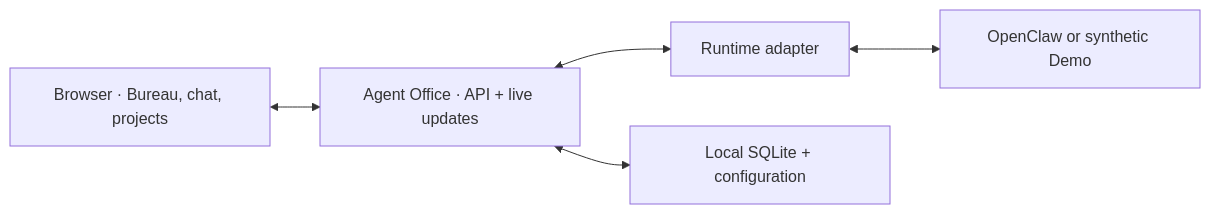
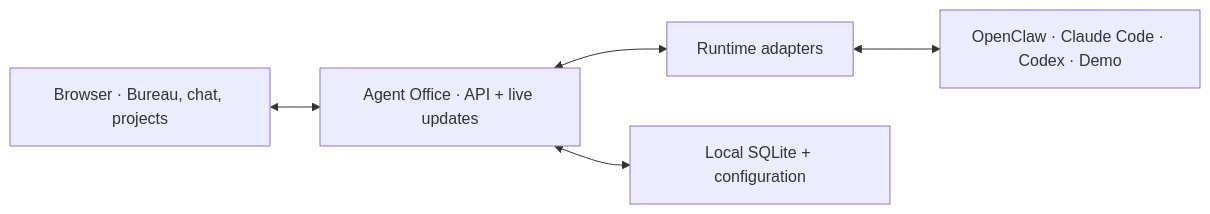
Before and after one commit to alexdeg92/agent-office-oss: the diagram in README.md, drawn with Mermaid. The commit also changed other lines of this file and 1187 other files, not shown here.

````diff
--- a/README.md
+++ b/README.md
@@ -145,7 +161,7 @@
 ```mermaid
 flowchart LR
     Browser["Browser · Bureau, chat, projects"] <--> App["Agent Office · API + live updates"]
-    App <--> Adapter["Runtime adapter"]
-    Adapter <--> Runtime["OpenClaw or synthetic Demo"]
+    App <--> Adapter["Runtime adapters"]
+    Adapter <--> Runtime["OpenClaw · Claude Code · Codex · Demo"]
     App <--> Store["Local SQLite + configuration"]
 ```
````
